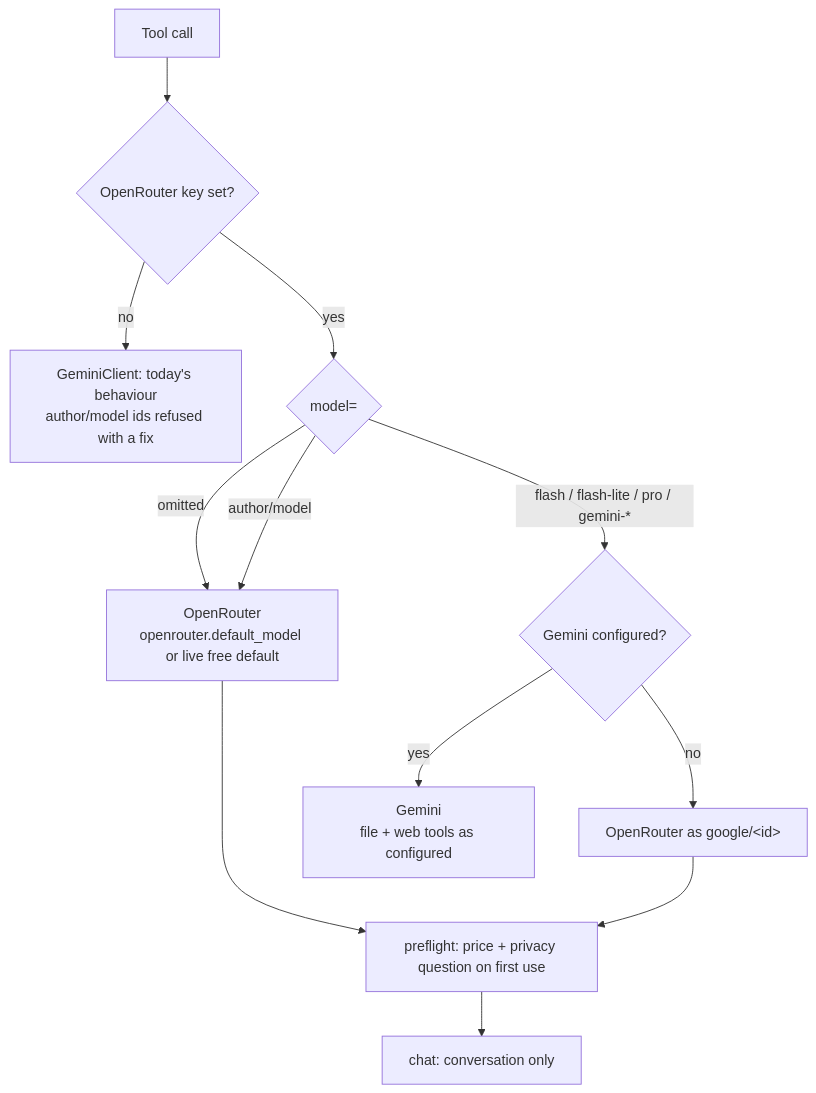
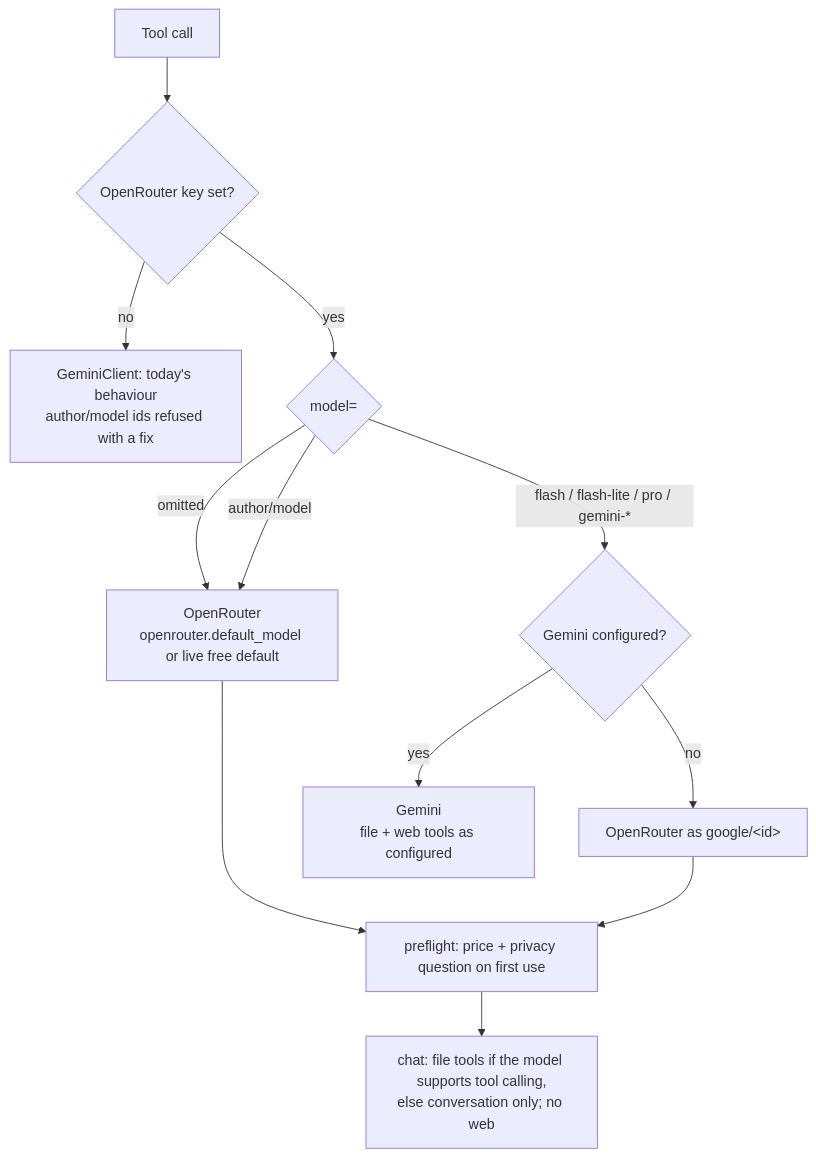
One commit to FlintAndFilament/sidekick changed the diagram in docs/diagrams/backend-routing.mermaid. Above: the diagram before and after it, drawn with Mermaid. The commit also changed 2 other files, not shown here.

Commit message:
docs: drop stale "conversation only" claims about OpenRouter
auth.md said OpenRouter models cannot read the repository; since #132
tool-capable ones do. It now says they have no web search and that
tool-capable models read the repository, linking Repository access.
The backend-routing diagram's final node and the 0.6.0 roadmap entry
are updated the same way. Mentions that describe models without tool
calling stay as they are.

Refs #132

Claude-Session: https://claude.ai/code/session_019pKHwgmAGFny3fBqAcj9Kc

```diff
--- a/docs/diagrams/backend-routing.mermaid
+++ b/docs/diagrams/backend-routing.mermaid
@@ -1,12 +1,12 @@
 flowchart TD
     A["Tool call"] --> K{"OpenRouter key set?"}
     K -->|no| G0["GeminiClient: today's behaviour<br/>author/model ids refused with a fix"]
     K -->|yes| M{"model="}
     M -->|omitted| OR["OpenRouter<br/>openrouter.default_model or live free default"]
     M -->|"author/model"| OR
     M -->|"flash / flash-lite / pro / gemini-*"| GQ{"Gemini configured?"}
     GQ -->|yes| GM["Gemini<br/>file + web tools as configured"]
     GQ -->|no| ORG["OpenRouter as google/&lt;id&gt;"]
     OR --> PF["preflight: price + privacy question on first use"]
     ORG --> PF
-    PF --> ASK["chat: conversation only"]
+    PF --> ASK["chat: file tools if the model supports tool calling,<br/>else conversation only; no web"]
```
